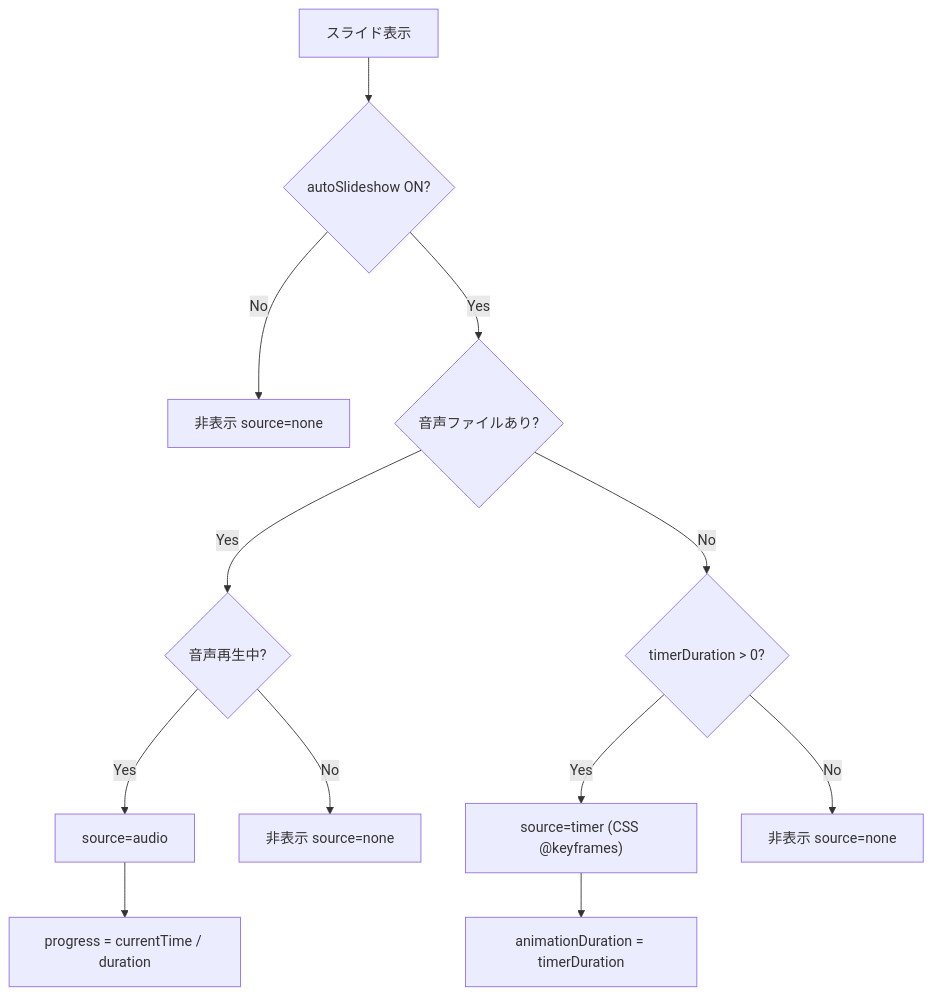
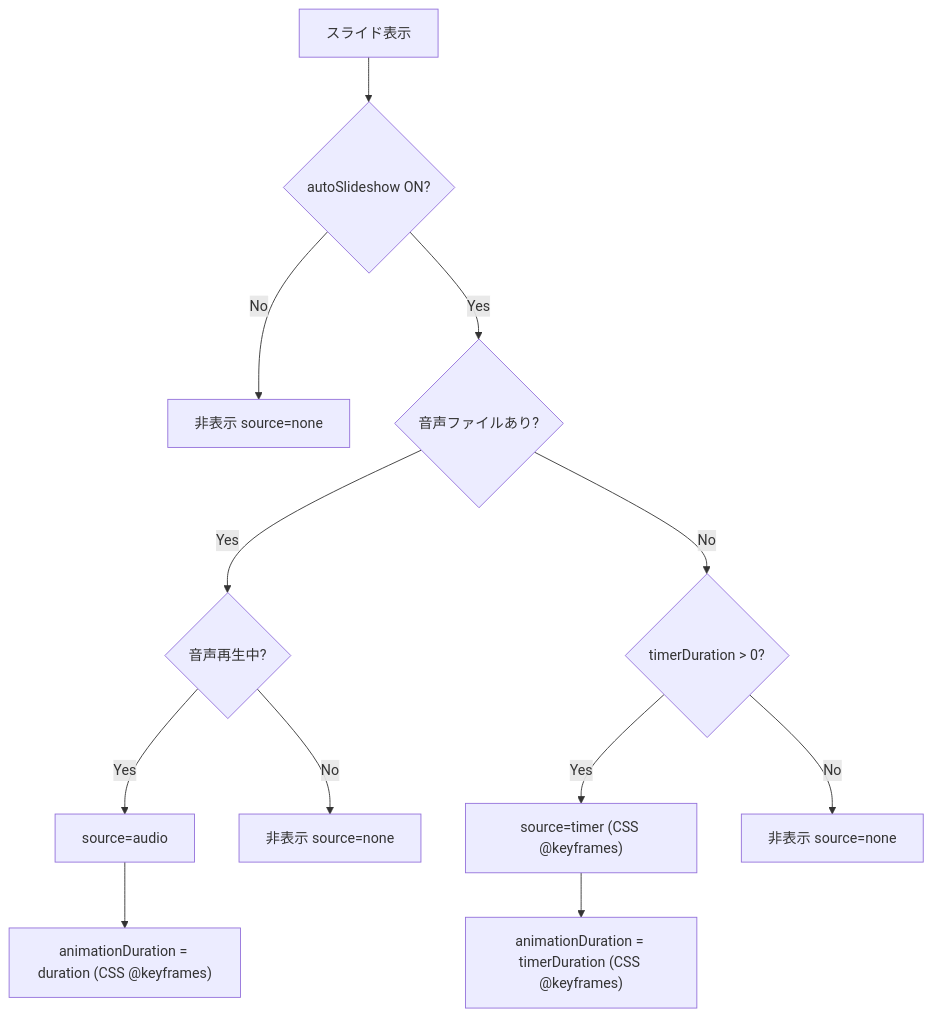
Before and after one commit to ToshikiImagawa/slide-presentation-app: the first of 3 diagrams in .sdd/specification/auto-scroll-progress-bar_spec.md, drawn with Mermaid. The commit also changed other lines of this file and 8 other files, not shown here.

````diff
--- a/.sdd/specification/auto-scroll-progress-bar_spec.md
+++ b/.sdd/specification/auto-scroll-progress-bar_spec.md
@@ -168,14 +168,14 @@
 ```mermaid
 flowchart TD
     A[スライド表示] --> B{autoSlideshow ON?}
     B -- No --> C[非表示 source=none]
     B -- Yes --> D{音声ファイルあり?}
     D -- Yes --> E{音声再生中?}
     E -- Yes --> F[source=audio]
     E -- No --> G[非表示 source=none]
     D -- No --> H{timerDuration > 0?}
     H -- Yes --> I["source=timer (CSS @keyframes)"]
     H -- No --> J[非表示 source=none]
-    F --> K[progress = currentTime / duration]
-    I --> L["animationDuration = timerDuration"]
+    F --> K["animationDuration = duration (CSS @keyframes)"]
+    I --> L["animationDuration = timerDuration (CSS @keyframes)"]
 ```
````
